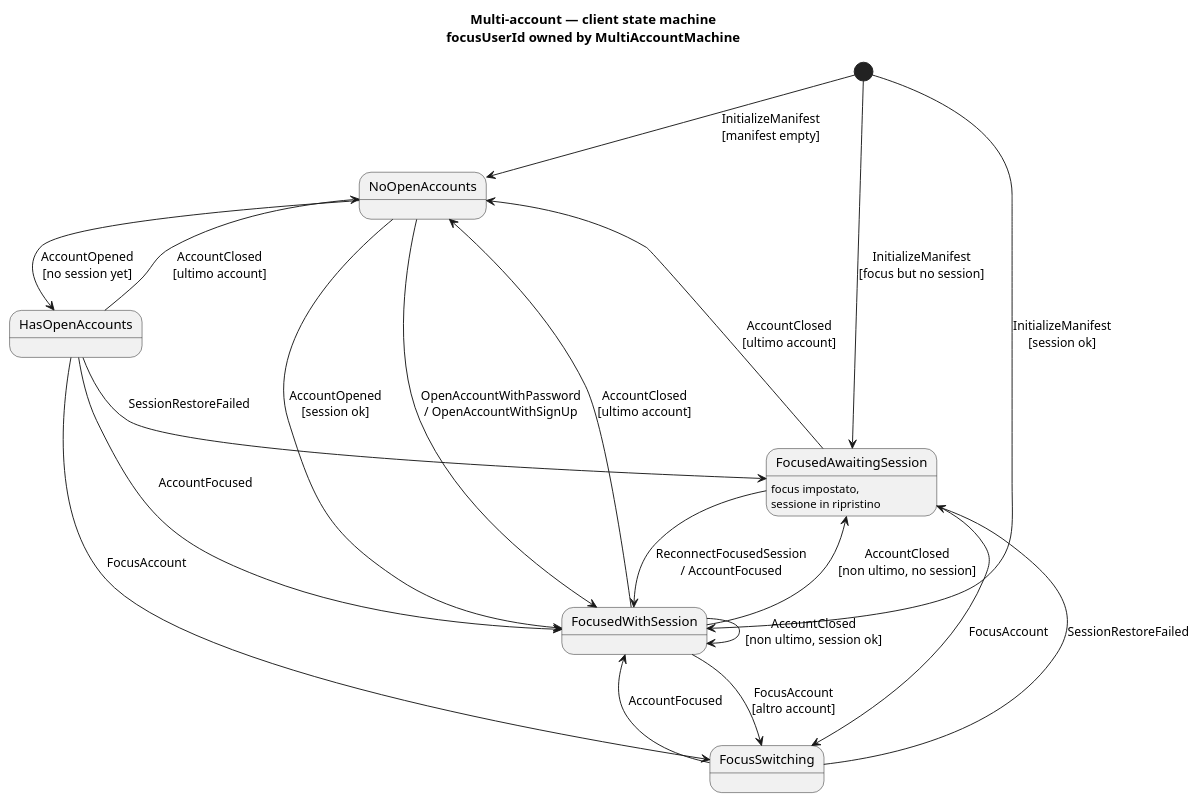
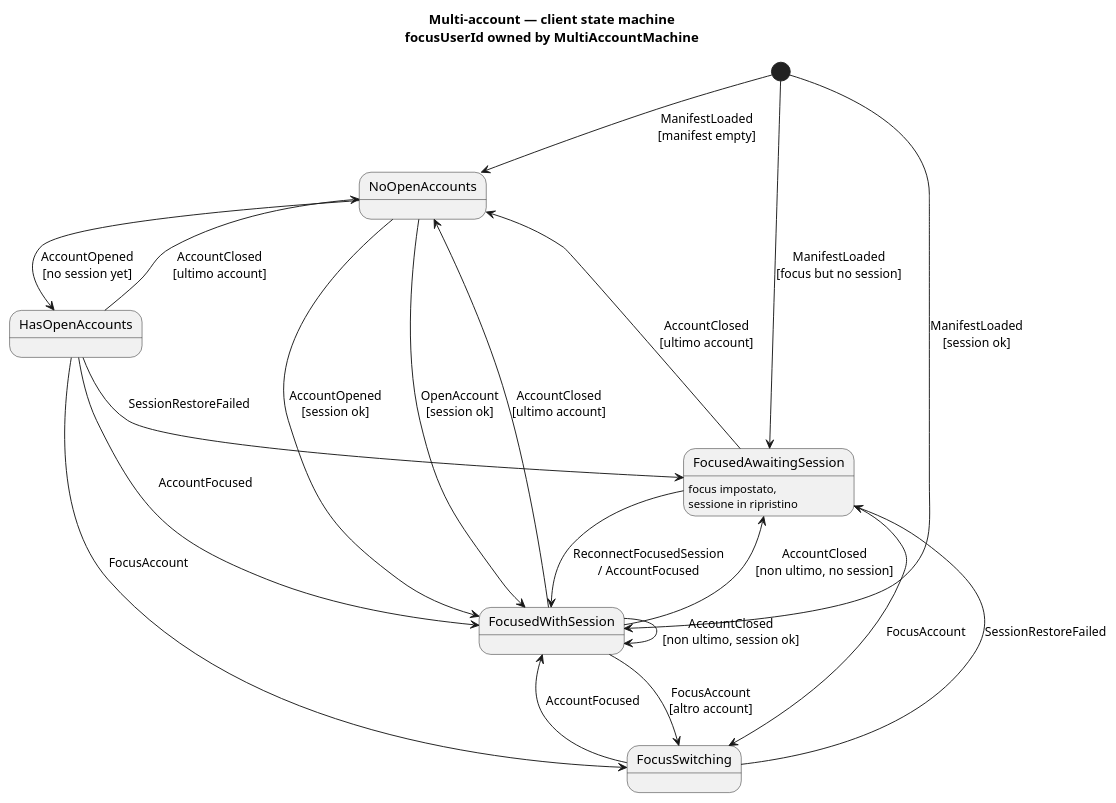
Before and after one commit to alfred-im/alfred-im: the diagram in docs/model/uml/multi-account/multi-account-state.puml, drawn with PlantUML. The commit also changed 19 other files, not shown here.

```diff
--- a/docs/model/uml/multi-account/multi-account-state.puml
+++ b/docs/model/uml/multi-account/multi-account-state.puml
@@ -1,40 +1,40 @@
 @startuml multi-account-state
 ' Context: multi-account
 ' SDD: PROM-MULTI-ACCOUNT
-' Revision: 2026-07-18
+' Revision: 2026-07-19
 
 title Multi-account — client state machine\nfocusUserId owned by MultiAccountMachine
 
 state NoOpenAccounts
 state HasOpenAccounts
 state FocusSwitching
 state FocusedWithSession
 state FocusedAwaitingSession : focus impostato,\nsessione in ripristino
 
-[*] --> NoOpenAccounts : InitializeManifest\n[manifest empty]
-[*] --> FocusedWithSession : InitializeManifest\n[session ok]
-[*] --> FocusedAwaitingSession : InitializeManifest\n[focus but no session]
+[*] --> NoOpenAccounts : ManifestLoaded\n[manifest empty]
+[*] --> FocusedWithSession : ManifestLoaded\n[session ok]
+[*] --> FocusedAwaitingSession : ManifestLoaded\n[focus but no session]
 
 NoOpenAccounts --> HasOpenAccounts : AccountOpened\n[no session yet]
 NoOpenAccounts --> FocusedWithSession : AccountOpened\n[session ok]
-NoOpenAccounts --> FocusedWithSession : OpenAccountWithPassword\n/ OpenAccountWithSignUp
+NoOpenAccounts --> FocusedWithSession : OpenAccount\n[session ok]
 
 HasOpenAccounts --> FocusSwitching : FocusAccount
 HasOpenAccounts --> FocusedWithSession : AccountFocused
 HasOpenAccounts --> NoOpenAccounts : AccountClosed\n[ultimo account]
 
 HasOpenAccounts --> FocusedAwaitingSession : SessionRestoreFailed
 
 FocusedWithSession --> FocusSwitching : FocusAccount\n[altro account]
 FocusedWithSession --> NoOpenAccounts : AccountClosed\n[ultimo account]
 FocusedWithSession --> FocusedWithSession : AccountClosed\n[non ultimo, session ok]
 FocusedWithSession --> FocusedAwaitingSession : AccountClosed\n[non ultimo, no session]
 
 FocusedAwaitingSession --> FocusSwitching : FocusAccount
 FocusedAwaitingSession --> FocusedWithSession : ReconnectFocusedSession\n/ AccountFocused
 FocusedAwaitingSession --> NoOpenAccounts : AccountClosed\n[ultimo account]
 
 FocusSwitching --> FocusedWithSession : AccountFocused
 FocusSwitching --> FocusedAwaitingSession : SessionRestoreFailed
 
 @enduml
```
